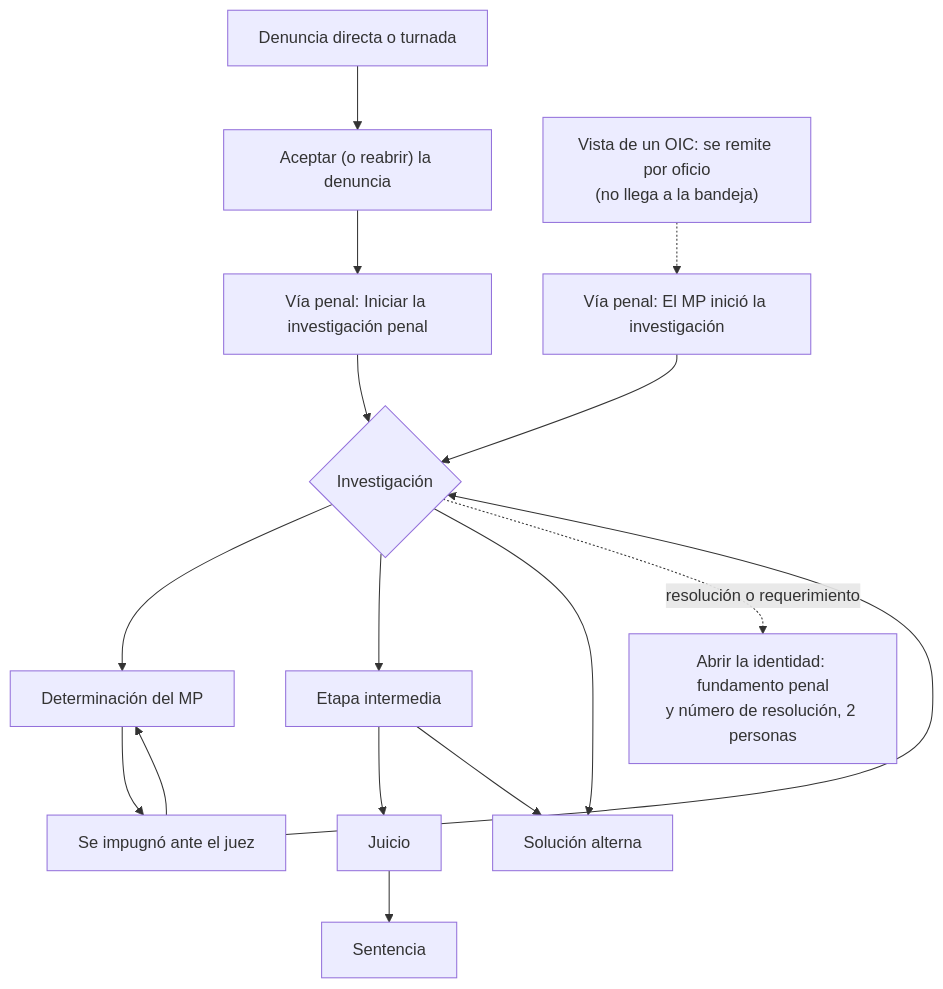
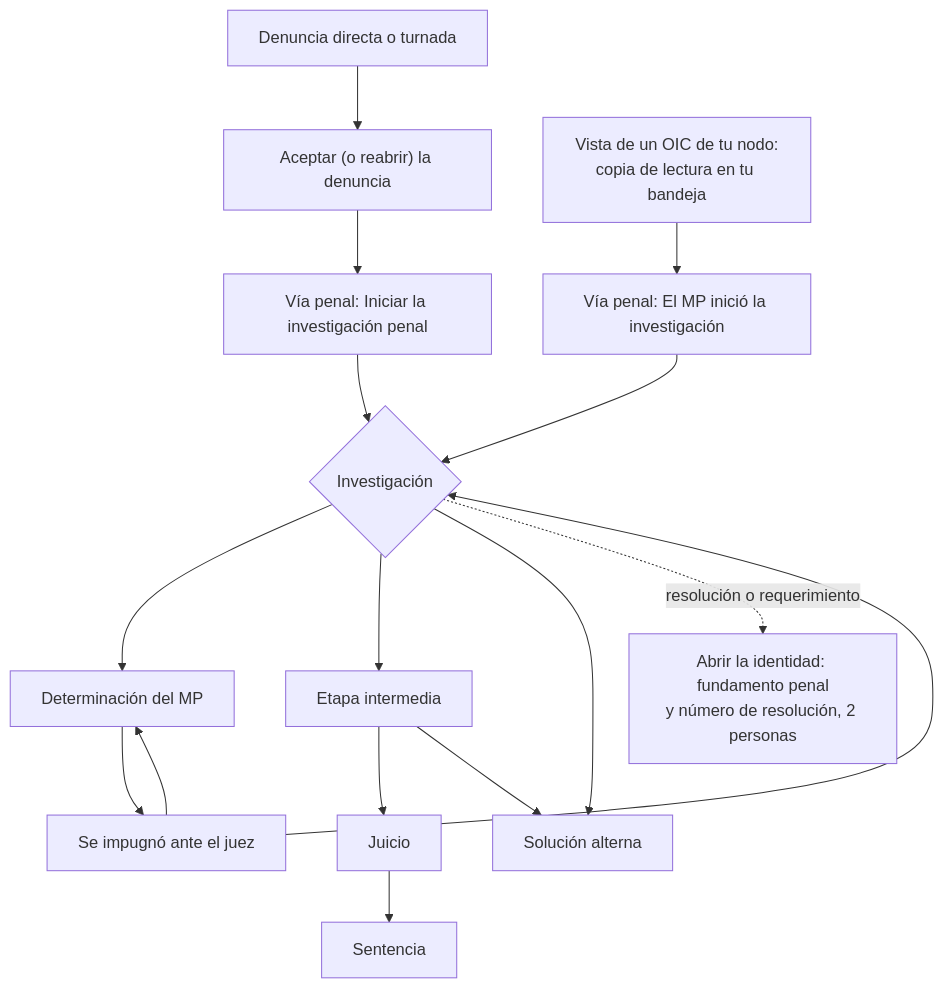
Before and after one commit to GuilleOp/sigilo-s5: the diagram in docs/manuales/07-fiscalia-especializada.md, drawn with Mermaid. The commit also changed other lines of this file and 7 other files, not shown here.

First line of the commit message:
docs(vía penal): la vista al Ministerio Público llega a la fiscalía del nodo

````diff
--- a/docs/manuales/07-fiscalia-especializada.md
+++ b/docs/manuales/07-fiscalia-especializada.md
@@ -152,18 +178,18 @@
 ```mermaid
 flowchart TD
   A["Denuncia directa o turnada"] --> B["Aceptar (o reabrir) la denuncia"]
   B --> C["Vía penal: Iniciar la investigación penal"]
-  V["Vista de un OIC: se remite por oficio<br/>(no llega a la bandeja)"] -.-> C2["Vía penal: El MP inició la investigación"]
+  V["Vista de un OIC de tu nodo:<br/>copia de lectura en tu bandeja"] --> C2["Vía penal: El MP inició la investigación"]
   C --> D{"Investigación"}
   C2 --> D
   D --> E["Determinación del MP"]
   D --> F["Etapa intermedia"]
   D --> G["Solución alterna"]
   E --> H["Se impugnó ante el juez"]
   H --> D
   H --> E
   F --> I["Juicio"]
   F --> G
   I --> J["Sentencia"]
   D -. "resolución o requerimiento" .-> K["Abrir la identidad: fundamento penal<br/>y número de resolución, 2 personas"]
 ```
````
